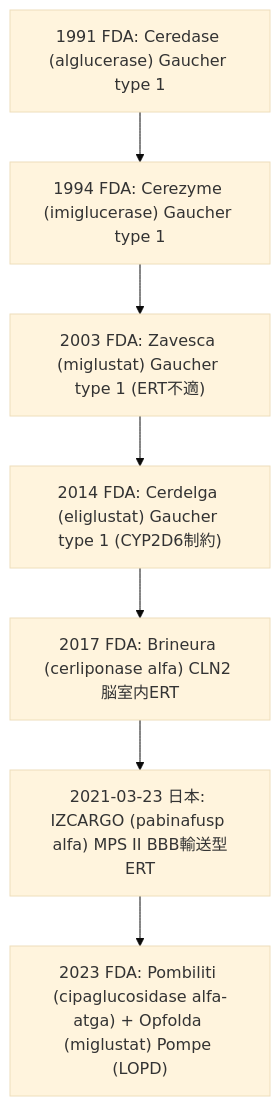
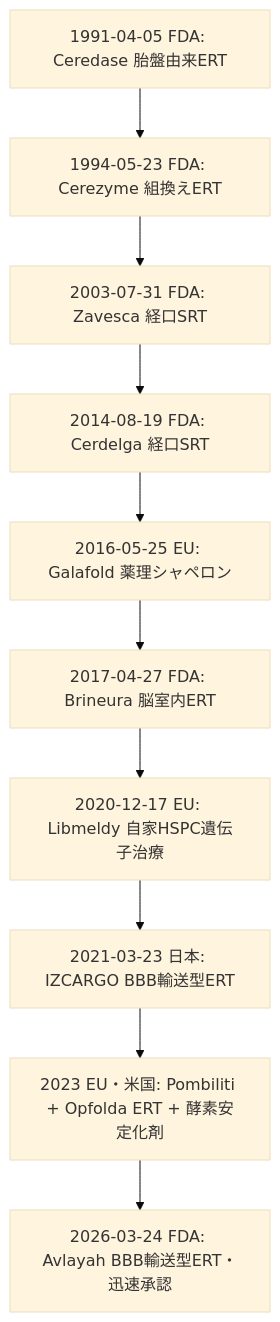
The diagram in _posts/2025-10-17-lysosome-approved-drugs.md (NagiMukae/organelle-therapeutics-tracker), drawn with Mermaid (base theme) before and after one commit. The commit also changed other lines of this file, not shown here.

````diff
--- a/_posts/2025-10-17-lysosome-approved-drugs.md
+++ b/_posts/2025-10-17-lysosome-approved-drugs.md
@@ -212,9 +273,12 @@
 ```mermaid
 flowchart TB
-  A["1991 FDA: Ceredase (alglucerase) Gaucher type 1"] --> B["1994 FDA: Cerezyme (imiglucerase) Gaucher type 1"]
-  B --> C["2003 FDA: Zavesca (miglustat) Gaucher type 1 (ERT不適)"]
-  C --> D["2014 FDA: Cerdelga (eliglustat) Gaucher type 1 (CYP2D6制約)"]
-  D --> E["2017 FDA: Brineura (cerliponase alfa) CLN2 脳室内ERT"]
-  E --> F["2021-03-23 日本: IZCARGO (pabinafusp alfa) MPS II BBB輸送型ERT"]
-  F --> G["2023 FDA: Pombiliti (cipaglucosidase alfa-atga) + Opfolda (miglustat) Pompe (LOPD)"]
+  A["1991-04-05 FDA: Ceredase 胎盤由来ERT"] --> B["1994-05-23 FDA: Cerezyme 組換えERT"]
+  B --> C["2003-07-31 FDA: Zavesca 経口SRT"]
+  C --> D["2014-08-19 FDA: Cerdelga 経口SRT"]
+  D --> E["2016-05-25 EU: Galafold 薬理シャペロン"]
+  E --> F["2017-04-27 FDA: Brineura 脳室内ERT"]
+  F --> G["2020-12-17 EU: Libmeldy 自家HSPC遺伝子治療"]
+  G --> H["2021-03-23 日本: IZCARGO BBB輸送型ERT"]
+  H --> I["2023 EU・米国: Pombiliti + Opfolda ERT + 酵素安定化剤"]
+  I --> J["2026-03-24 FDA: Avlayah BBB輸送型ERT・迅速承認"]
 ```
````
